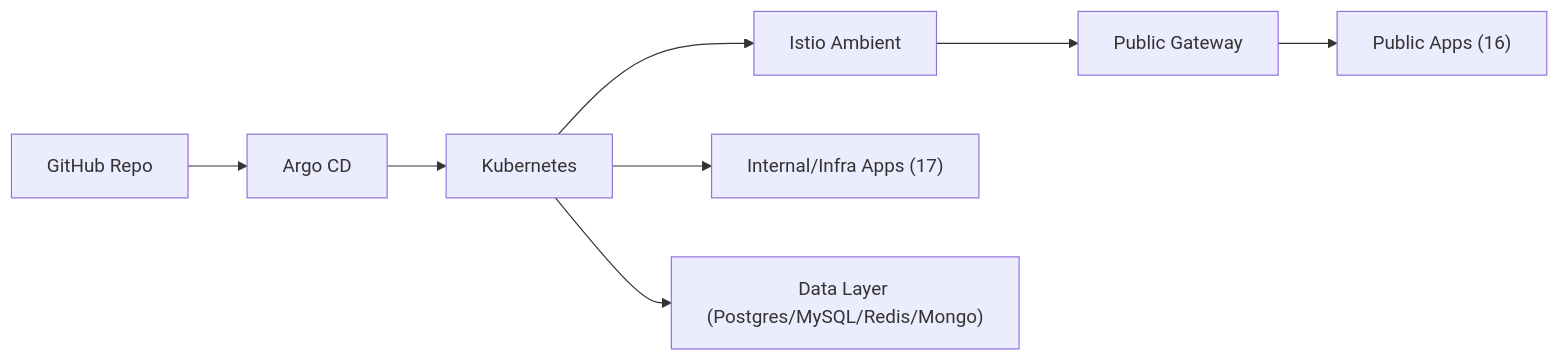
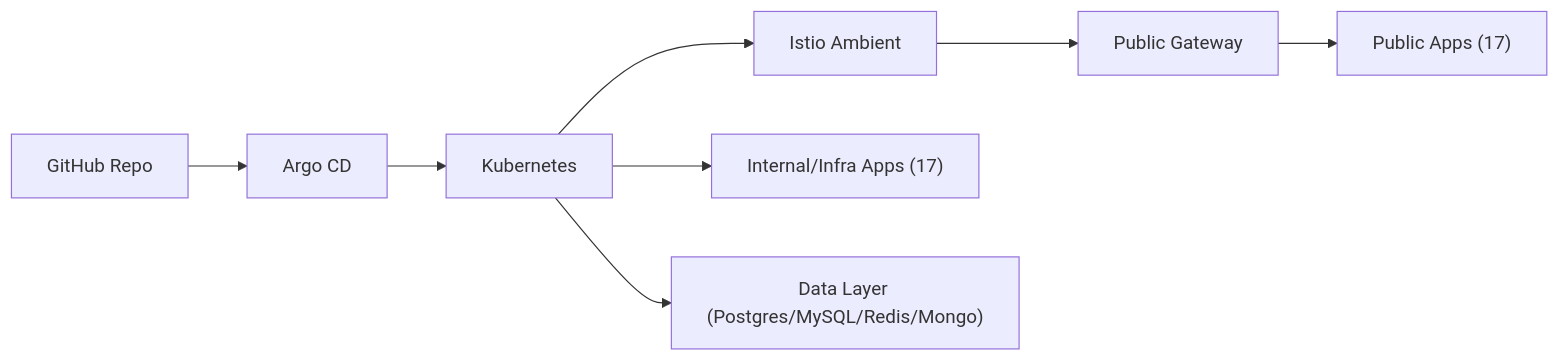
Before and after one commit to noeulnight/homelab: the diagram in README.md, drawn with Mermaid. The commit also changed other lines of this file and 7 other files, not shown here.

````diff
--- a/README.md
+++ b/README.md
@@ -13,10 +13,10 @@
 ```mermaid
 flowchart LR
   GitHub["GitHub Repo"] --> Argo["Argo CD"]
   Argo --> K8s["Kubernetes"]
   K8s --> Istio["Istio Ambient"]
   Istio --> Gateway["Public Gateway"]
-  Gateway --> PublicApps["Public Apps (16)"]
+  Gateway --> PublicApps["Public Apps (17)"]
   K8s --> InternalApps["Internal/Infra Apps (17)"]
   K8s --> Data["Data Layer (Postgres/MySQL/Redis/Mongo)"]
 ```
````
